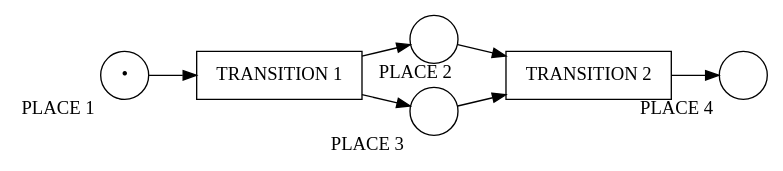
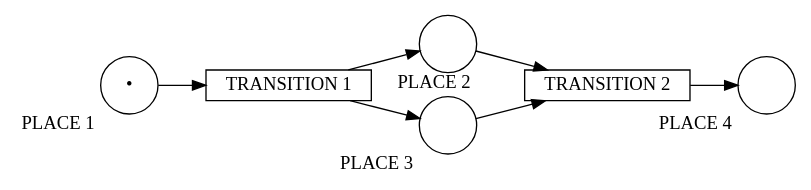
One commit to hlisdero/thesis changed the diagram in dot/petri-net-example.dot. Above: the diagram before and after it, drawn with Graphviz. The commit also changed 4 other files, not shown here.

```diff
--- a/dot/petri-net-example.dot
+++ b/dot/petri-net-example.dot
@@ -1,15 +1,17 @@
 digraph petrinet {
     rankdir="LR";
-    PLACE_1_A [shape="circle" xlabel="PLACE 1" label="•"];
-    PLACE_2_A [shape="circle" xlabel="PLACE 2" label=""];
-    PLACE_3_A [shape="circle" xlabel="PLACE 3" label=""];
-    PLACE_4_A [shape="circle" xlabel="PLACE 4" label=""];
-    TRANSITION_1_A [shape="box" xlabel="" label="TRANSITION 1"];
-    TRANSITION_2_A [shape="box" xlabel="" label="TRANSITION 2"];
+    PLACE_1_A [width=0.6 shape="circle" xlabel="PLACE 1" label="•"];
+    PLACE_2_A [width=0.6 shape="circle" xlabel="PLACE 2" label=""];
+    PLACE_3_A [width=0.6 shape="circle" xlabel="PLACE 3" label=""];
+    PLACE_4_A [width=0.6 shape="circle" xlabel="PLACE 4" label=""];
+    
+    TRANSITION_1_A [height=0.1 shape="box" xlabel="" label="TRANSITION 1"];
+    TRANSITION_2_A [height=0.1 shape="box" xlabel="" label="TRANSITION 2"];
+    
     PLACE_1_A -> TRANSITION_1_A;
     TRANSITION_1_A -> PLACE_2_A;
     TRANSITION_1_A -> PLACE_3_A;
     PLACE_2_A -> TRANSITION_2_A;
     PLACE_3_A -> TRANSITION_2_A;
     TRANSITION_2_A -> PLACE_4_A;
 }
```
